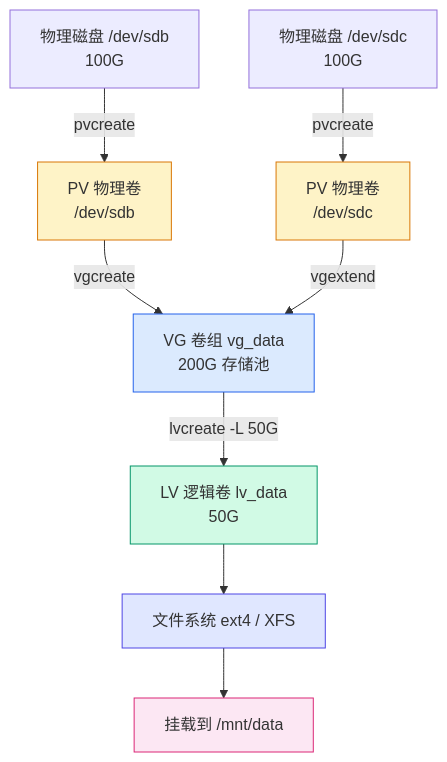
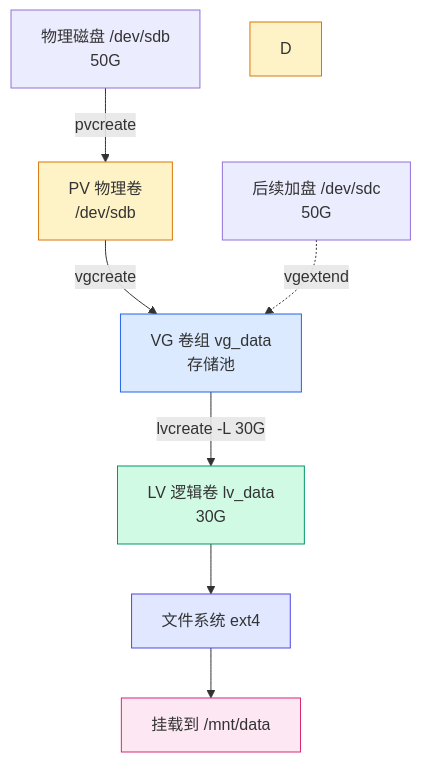
One commit to hfei929/1hair-labs changed the diagram in docs/linux/storage/disk-mount-lvm.md. Above: the diagram before and after it, drawn with Mermaid. The commit also changed other lines of this file, not shown here.

````diff
--- a/docs/linux/storage/disk-mount-lvm.md
+++ b/docs/linux/storage/disk-mount-lvm.md
@@ -324,17 +367,16 @@
 ```mermaid
 flowchart TD
-    A["物理磁盘 /dev/sdb<br>100G"] -->|"pvcreate"| B["PV 物理卷<br>/dev/sdb"]
-    C["物理磁盘 /dev/sdc<br>100G"] -->|"pvcreate"| D["PV 物理卷<br>/dev/sdc"]
-    B -->|"vgcreate"| E["VG 卷组 vg_data<br>200G 存储池"]
-    D -->|"vgextend"| E
-    E -->|"lvcreate -L 50G"| F["LV 逻辑卷 lv_data<br>50G"]
-    F --> G["文件系统 ext4 / XFS"]
+    A["物理磁盘 /dev/sdb<br>50G"] -->|"pvcreate"| B["PV 物理卷<br>/dev/sdb"]
+    B -->|"vgcreate"| E["VG 卷组 vg_data<br>存储池"]
+    C["后续加盘 /dev/sdc<br>50G"] -.->|"vgextend"| E
+    E -->|"lvcreate -L 30G"| F["LV 逻辑卷 lv_data<br>30G"]
+    F --> G["文件系统 ext4"]
     G --> H["挂载到 /mnt/data"]
 
     style B fill:#fef3c7,stroke:#d97706
     style D fill:#fef3c7,stroke:#d97706
     style E fill:#dbeafe,stroke:#2563eb
     style F fill:#d1fae5,stroke:#059669
     style G fill:#e0e7ff,stroke:#4f46e5
     style H fill:#fce7f3,stroke:#db2777
 ```
````
